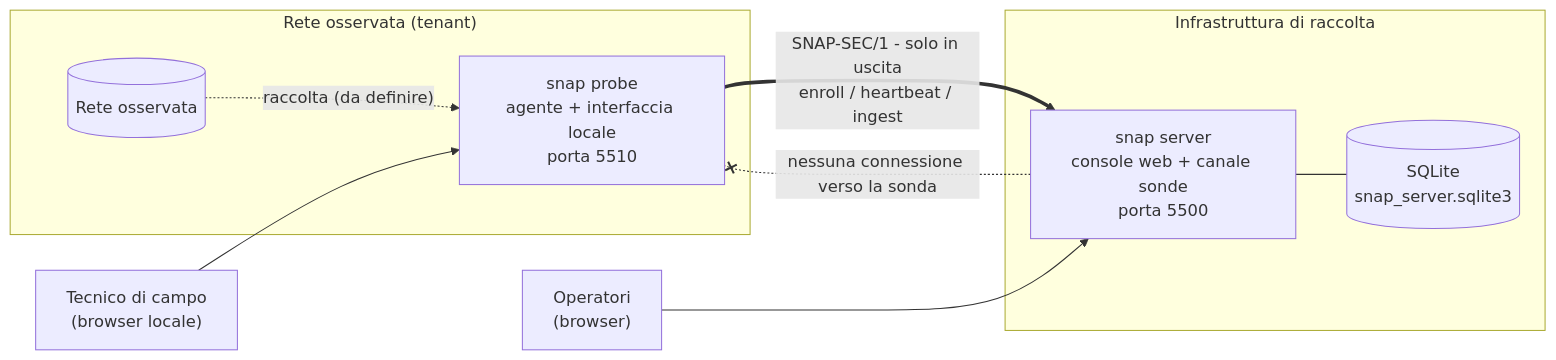
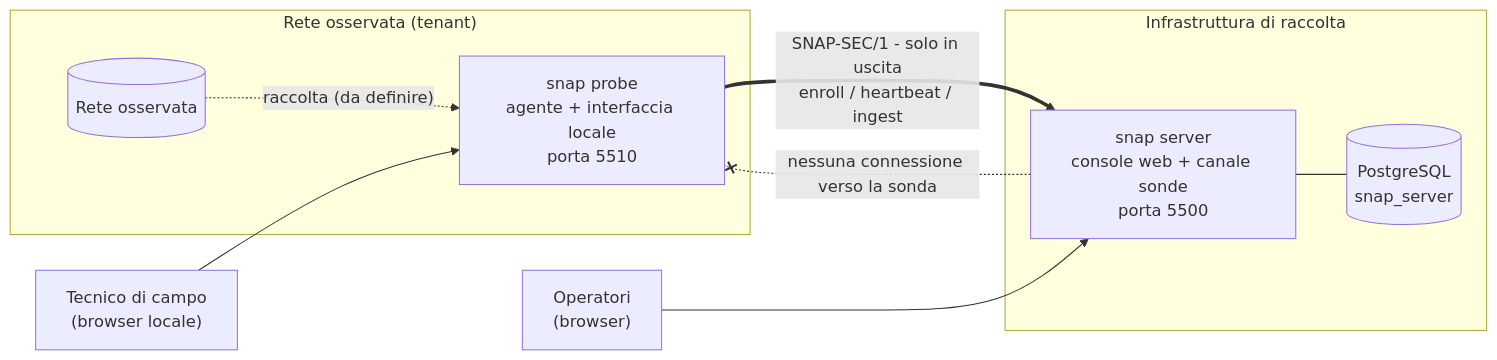
Before and after one commit to dspeziale/snap: the first of 7 diagrams in docs/02_ARCHITETTURA.md, drawn with Mermaid. The commit also changed other lines of this file and 27 other files, not shown here.

````diff
--- a/docs/02_ARCHITETTURA.md
+++ b/docs/02_ARCHITETTURA.md
@@ -49,20 +49,20 @@
 ```mermaid
 graph LR
     subgraph "Rete osservata (tenant)"
         P["snap probe<br/>agente + interfaccia locale<br/>porta 5510"]
         LAN[("Rete osservata")]
     end
     subgraph "Infrastruttura di raccolta"
         S["snap server<br/>console web + canale sonde<br/>porta 5500"]
-        DB[("SQLite<br/>snap_server.sqlite3")]
+        DB[("PostgreSQL<br/>snap_server")]
     end
     OP["Operatori<br/>(browser)"]
     TEC["Tecnico di campo<br/>(browser locale)"]
 
     LAN -. "raccolta (da definire)" .-> P
     P == "SNAP-SEC/1 - solo in uscita<br/>enroll / heartbeat / ingest" ==> S
     S --- DB
     OP --> S
     TEC --> P
     S -. "nessuna connessione verso la sonda" .-x P
 ```
````
